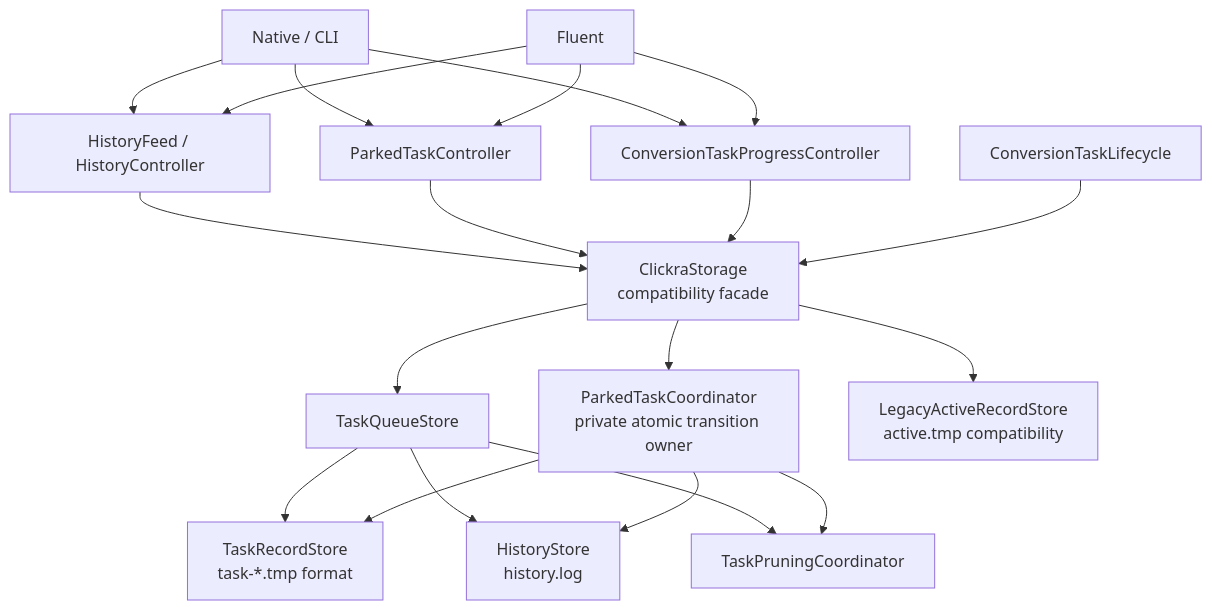
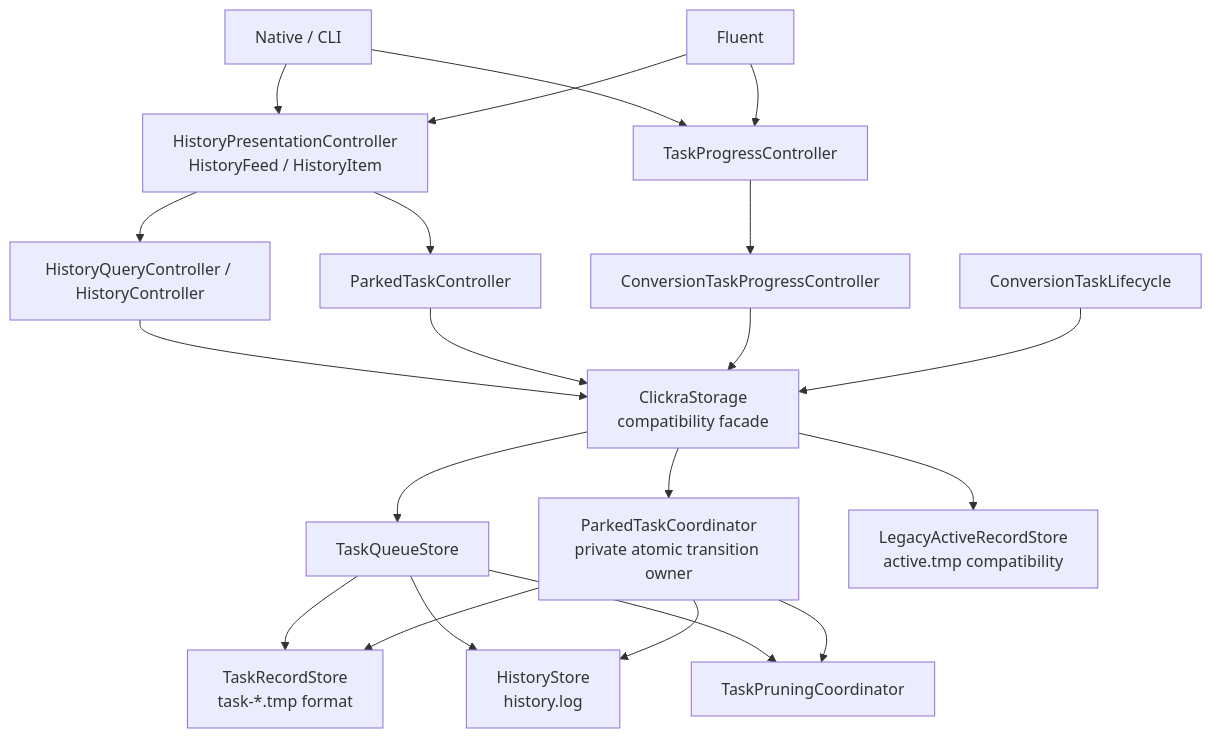
The seventh of 8 diagrams in docs/development/clickra_architecture.md (Youchenjiang/Clickra), drawn with Mermaid before and after one commit. The commit also changed other lines of this file and 1 other file, not shown here.

First line of the commit message:
docs(core): document consolidated architecture

````diff
--- a/docs/development/clickra_architecture.md
+++ b/docs/development/clickra_architecture.md
@@ -245,40 +399,44 @@
 ```mermaid
 flowchart TB
     NativeUI["Native / CLI"]
     FluentUI["Fluent"]
 
-    History["HistoryFeed / HistoryController"]
+    HistoryPresentation["HistoryPresentationController\nHistoryFeed / HistoryItem"]
+    ProgressPresentation["TaskProgressController"]
+    HistoryQuery["HistoryQueryController / HistoryController"]
     Parked["ParkedTaskController"]
     Progress["ConversionTaskProgressController"]
     Lifecycle["ConversionTaskLifecycle"]
 
     Facade["ClickraStorage\ncompatibility facade"]
     Queue["TaskQueueStore"]
     Records["TaskRecordStore\ntask-*.tmp format"]
     HistoryStore["HistoryStore\nhistory.log"]
     Coordinator["ParkedTaskCoordinator\nprivate atomic transition owner"]
     Legacy["LegacyActiveRecordStore\nactive.tmp compatibility"]
     Pruner["TaskPruningCoordinator"]
 
-    NativeUI --> History
-    FluentUI --> History
-    NativeUI --> Parked
-    FluentUI --> Parked
-    NativeUI --> Progress
-    FluentUI --> Progress
+    NativeUI --> HistoryPresentation
+    FluentUI --> HistoryPresentation
+    NativeUI --> ProgressPresentation
+    FluentUI --> ProgressPresentation
 
-    History --> Facade
+    HistoryPresentation --> HistoryQuery
+    HistoryPresentation --> Parked
+    ProgressPresentation --> Progress
+
+    HistoryQuery --> Facade
     Parked --> Facade
     Progress --> Facade
     Lifecycle --> Facade
 
     Facade --> Queue
     Facade --> Coordinator
     Facade --> Legacy
     Queue --> Records
     Queue --> HistoryStore
     Coordinator --> Records
     Coordinator --> HistoryStore
     Queue --> Pruner
     Coordinator --> Pruner
 ```
````
